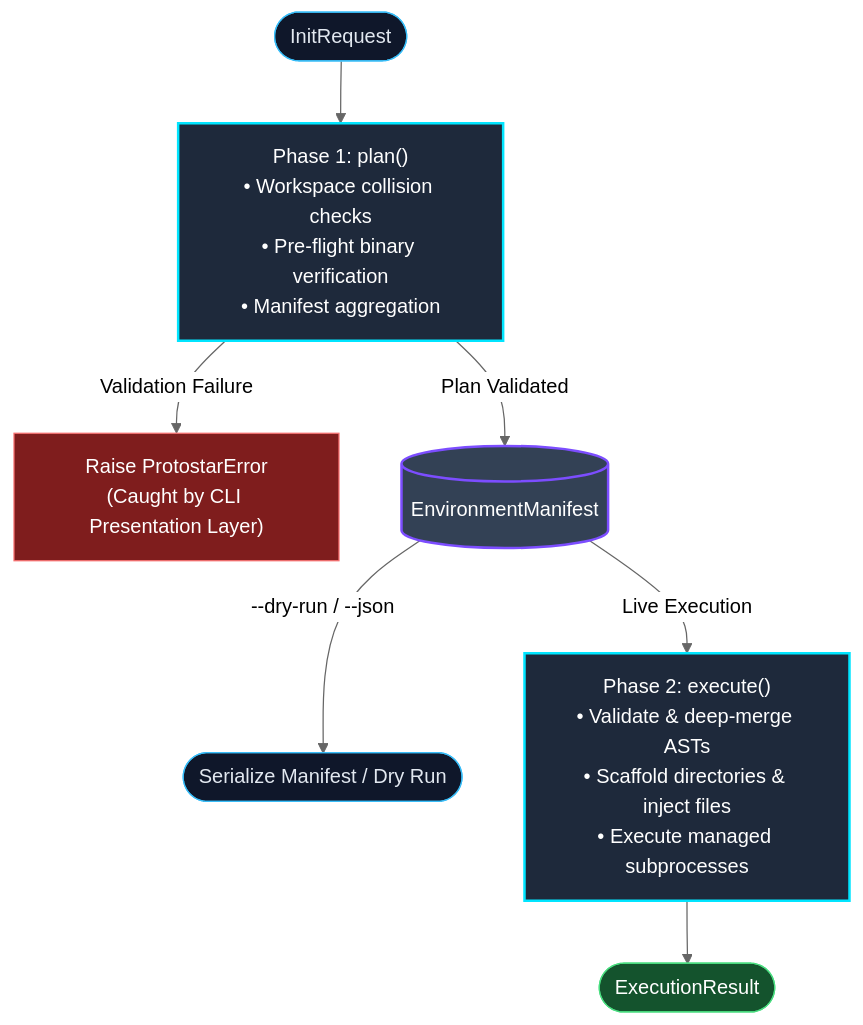
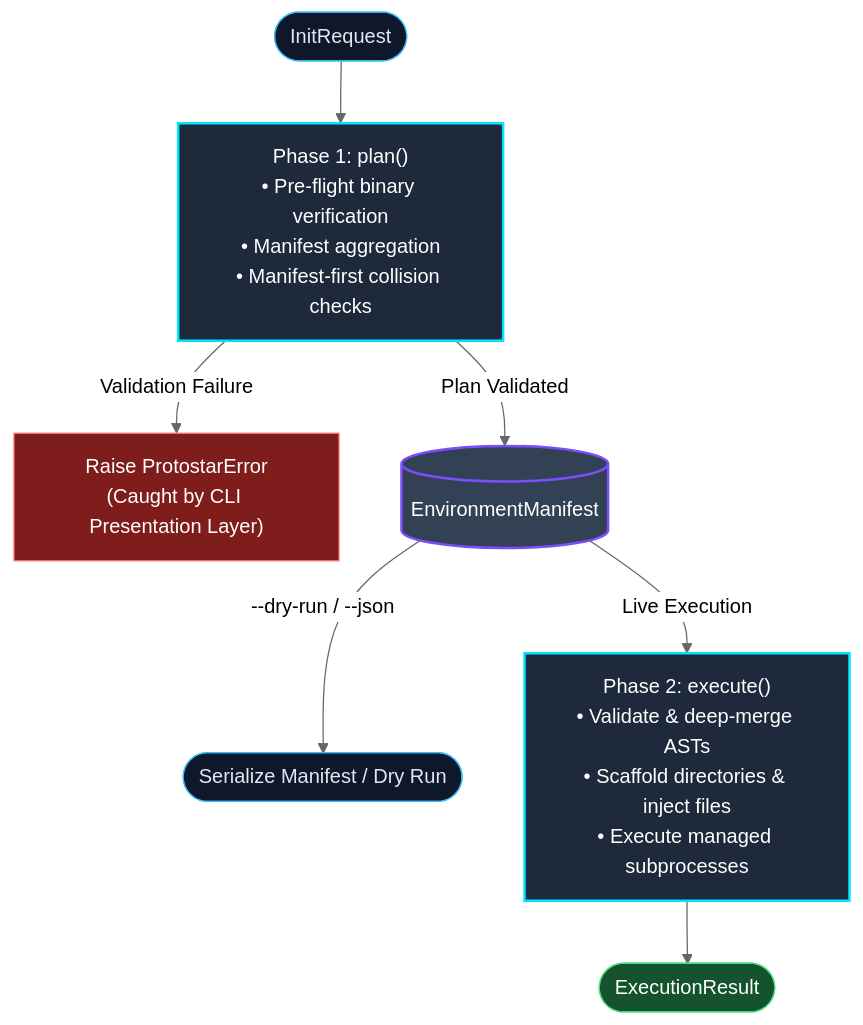
Before and after one commit to JacksonFergusonDev/protostar: the diagram in docs/mechanics/orchestrator.md, drawn with Mermaid (neutral theme). The commit also changed other lines of this file and 19 other files, not shown here.

First line of the commit message:
refactor(orchestrator): implement manifest-first collision detection (#244)

````diff
--- a/docs/mechanics/orchestrator.md
+++ b/docs/mechanics/orchestrator.md
@@ -19,18 +19,18 @@
 ```mermaid
 flowchart TD
     classDef boundary fill:#0f172a,stroke:#38bdf8,stroke-width:1px,color:#e2e8f0;
     classDef phase fill:#1e293b,stroke:#1e293b,stroke:#00e5ff,stroke-width:2px,color:#fff;
     classDef state fill:#334155,stroke:#7c4dff,stroke-width:2px,color:#fff;
     classDef error fill:#7f1d1d,stroke:#f87171,stroke-width:1px,color:#fff;
     classDef success fill:#14532d,stroke:#4ade80,stroke-width:1px,color:#fff;
 
-    Req([InitRequest]):::boundary --> Plan["Phase 1: plan()<br/>• Workspace collision checks<br/>• Pre-flight binary verification<br/>• Manifest aggregation"]:::phase
+    Req([InitRequest]):::boundary --> Plan["Phase 1: plan()<br/>• Pre-flight binary verification<br/>• Manifest aggregation<br/>• Manifest-first collision checks"]:::phase
 
     Plan -->|Validation Failure| Err["Raise ProtostarError<br/>(Caught by CLI Presentation Layer)"]:::error
     Plan -->|Plan Validated| Manifest[(EnvironmentManifest)]:::state
 
     Manifest -->|--dry-run / --json| DryRun([Serialize Manifest / Dry Run]):::boundary
     Manifest -->|Live Execution| Exec["Phase 2: execute()<br/>• Validate & deep-merge ASTs<br/>• Scaffold directories & inject files<br/>• Execute managed subprocesses"]:::phase
 
     Exec --> Result([ExecutionResult]):::success
 ```
````
